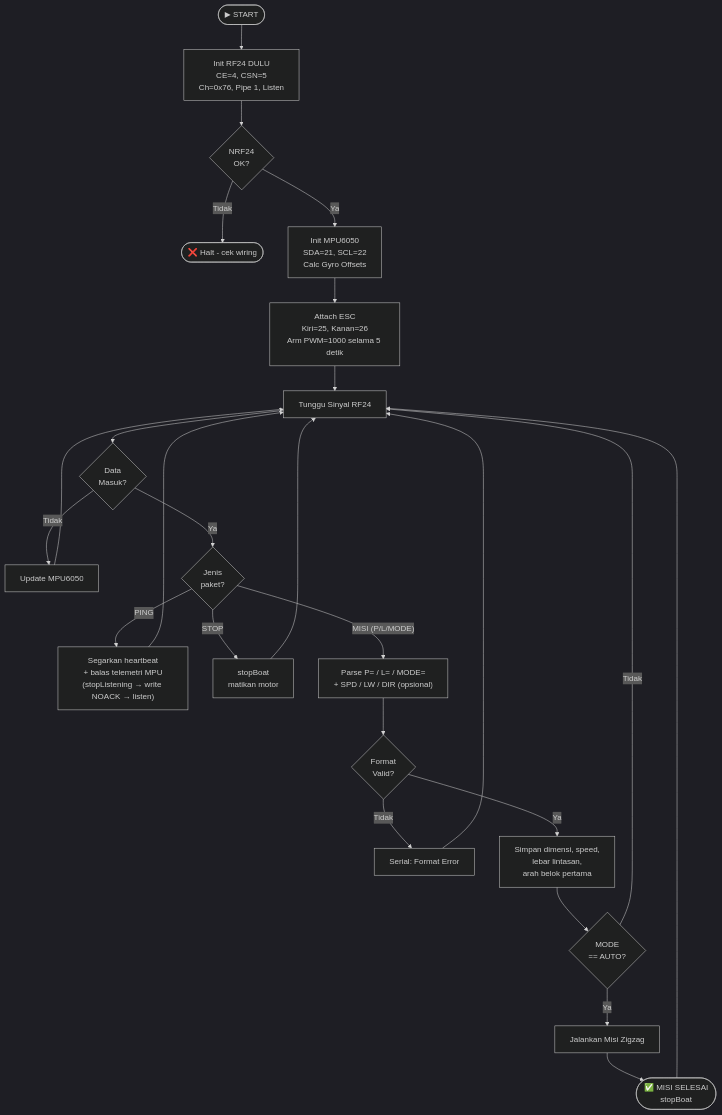
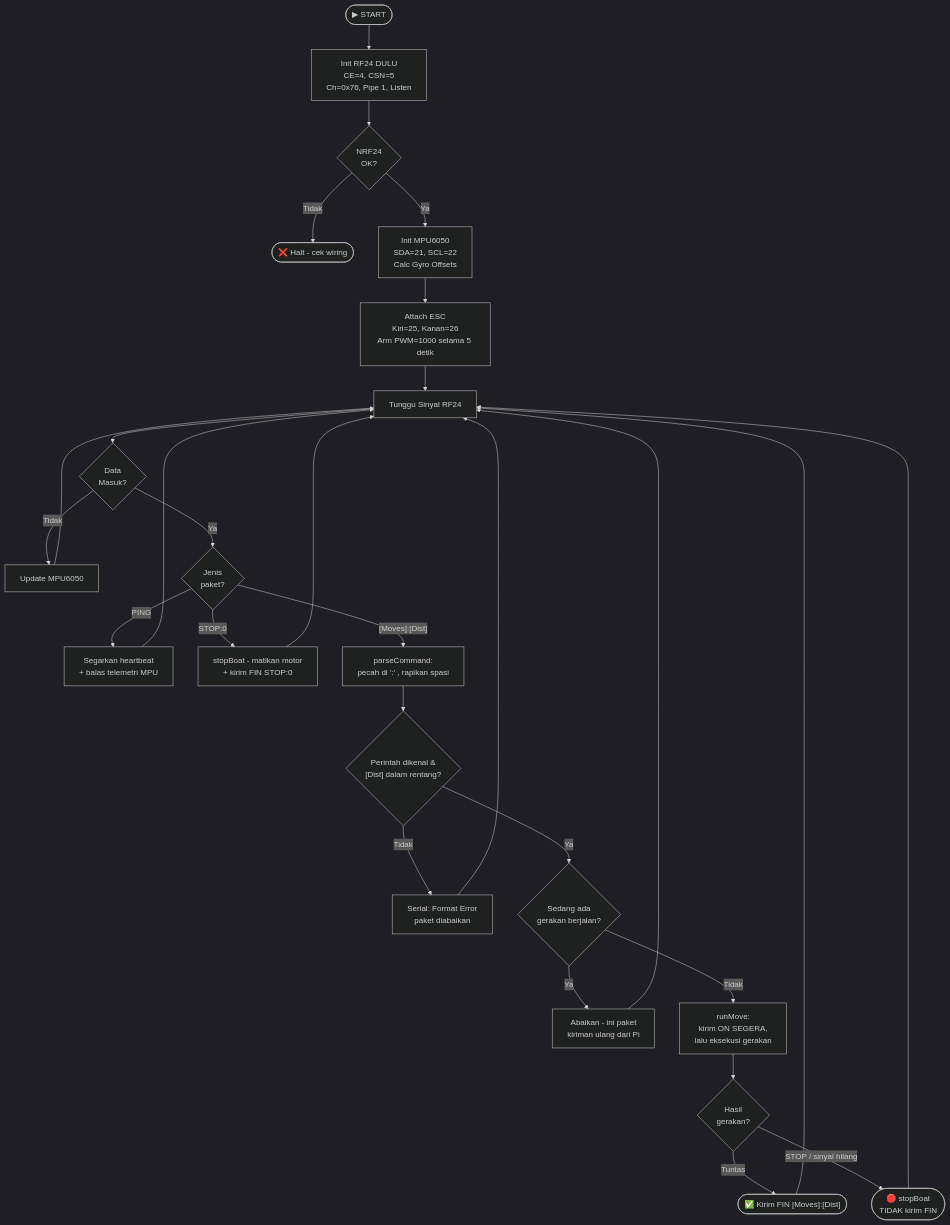
The third of 9 diagrams in flowchart.md (Xhorn7/Skripsi-PENGEMBANGAN-ROBOT-AKUATIK-UNTUK-FEEDER-OTOMATIS-DI-TAMBAK), drawn with Mermaid (dark theme) before and after one commit. The commit also changed other lines of this file and 43 other files, not shown here.

````diff
--- a/flowchart.md
+++ b/flowchart.md
@@ -66,31 +85,35 @@
 ```mermaid
 flowchart TD
     START([▶ START]) --> INITRF["Init RF24 DULU<br/>CE=4, CSN=5<br/>Ch=0x76, Pipe 1, Listen"]
     INITRF --> CHECK{NRF24<br/>OK?}
     CHECK -- Tidak --> HALT([❌ Halt - cek wiring])
     CHECK -- Ya --> INITMPU["Init MPU6050<br/>SDA=21, SCL=22<br/>Calc Gyro Offsets"]
     INITMPU --> INITESC["Attach ESC<br/>Kiri=25, Kanan=26<br/>Arm PWM=1000 selama 5 detik"]
     INITESC --> LISTEN[Tunggu Sinyal RF24]
 
     LISTEN --> RF24{Data<br/>Masuk?}
     RF24 -- Tidak --> UPDATEMPU[Update MPU6050]
     UPDATEMPU --> LISTEN
 
     RF24 -- Ya --> PKT{Jenis<br/>paket?}
-    PKT -- PING --> HBEAT["Segarkan heartbeat<br/>+ balas telemetri MPU<br/>(stopListening → write NOACK → listen)"]
+    PKT -- PING --> HBEAT["Segarkan heartbeat<br/>+ balas telemetri MPU"]
     HBEAT --> LISTEN
-    PKT -- STOP --> STOPM[stopBoat<br/>matikan motor]
+    PKT -- "STOP:0" --> STOPM["stopBoat - matikan motor<br/>+ kirim FIN STOP:0"]
     STOPM --> LISTEN
 
-    PKT -- "MISI (P/L/MODE)" --> PARSE["Parse P= / L= / MODE=<br/>+ SPD / LW / DIR (opsional)"]
-    PARSE --> VALID{Format<br/>Valid?}
-    VALID -- Tidak --> ERRMSG[Serial: Format Error]
+    PKT -- "[Moves]:[Dist]" --> PARSE["parseCommand:<br/>pecah di ':' , rapikan spasi"]
+    PARSE --> VALID{"Perintah dikenal &<br/>[Dist] dalam rentang?"}
+    VALID -- Tidak --> ERRMSG["Serial: Format Error<br/>paket diabaikan"]
     ERRMSG --> LISTEN
 
-    VALID -- Ya --> STORE["Simpan dimensi, speed,<br/>lebar lintasan,<br/>arah belok pertama"]
-    STORE --> MODECHECK{MODE<br/>== AUTO?}
-    MODECHECK -- Tidak --> LISTEN
-    MODECHECK -- Ya --> MISI[Jalankan Misi Zigzag]
-    MISI --> DONE([✅ MISI SELESAI<br/>stopBoat])
-    DONE --> LISTEN
+    VALID -- Ya --> BUSY{Sedang ada<br/>gerakan berjalan?}
+    BUSY -- Ya --> IGNORE["Abaikan - ini paket<br/>kiriman ulang dari Pi"]
+    IGNORE --> LISTEN
+
+    BUSY -- Tidak --> RUNMOVE["runMove:<br/>kirim ON SEGERA,<br/>lalu eksekusi gerakan"]
+    RUNMOVE --> RESULT{Hasil<br/>gerakan?}
+    RESULT -- Tuntas --> FIN(["✅ Kirim FIN [Moves]:[Dist]"])
+    RESULT -- "STOP / sinyal hilang" --> NOFIN(["🛑 stopBoat<br/>TIDAK kirim FIN"])
+    FIN --> LISTEN
+    NOFIN --> LISTEN
 ```
````
